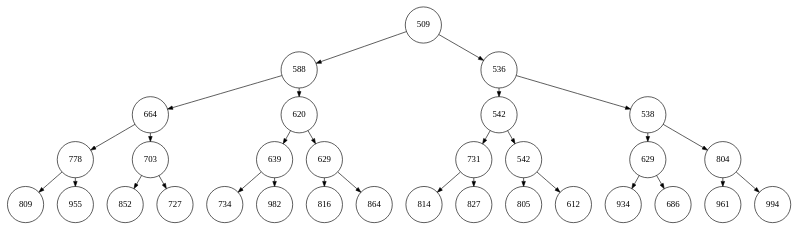
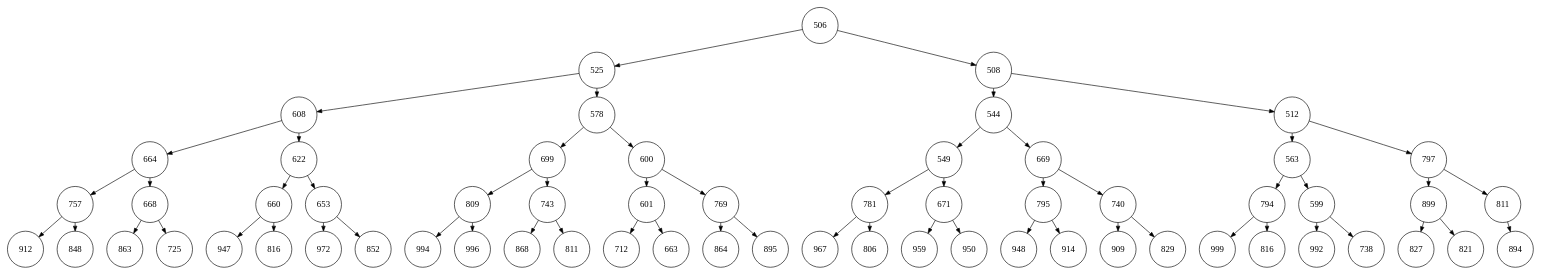
The diagram in homeworks/delimg30.dot (minglong-cse2016/cs207work), drawn with Graphviz before and after one commit. The commit also changed 40 other files, not shown here.

```diff
--- a/homeworks/delimg30.dot
+++ b/homeworks/delimg30.dot
@@ -1,68 +1,130 @@
 
     digraph G {
     nodesep=0.3;
     ranksep=0.2;
     margin=0.1;
     node [shape=circle];
     edge [arrowsize=0.8];
     1 -> 2[side=left];
 1 -> 3;
 2 -> 4[side=left];
 2 -> 5;
 3 -> 6[side=left];
 3 -> 7;
 4 -> 8[side=left];
 4 -> 9;
 5 -> 10[side=left];
 5 -> 11;
 6 -> 12[side=left];
 6 -> 13;
 7 -> 14[side=left];
 7 -> 15;
 8 -> 16[side=left];
 8 -> 17;
 9 -> 18[side=left];
 9 -> 19;
 10 -> 20[side=left];
 10 -> 21;
 11 -> 22[side=left];
 11 -> 23;
 12 -> 24[side=left];
 12 -> 25;
 13 -> 26[side=left];
 13 -> 27;
 14 -> 28[side=left];
 14 -> 29;
 15 -> 30[side=left];
 15 -> 31;
-1[label="509"]
-2[label="588"]
-3[label="536"]
-4[label="664"]
-5[label="620"]
-6[label="542"]
-7[label="538"]
-8[label="778"]
-9[label="703"]
-10[label="639"]
-11[label="629"]
-12[label="731"]
-13[label="542"]
-14[label="629"]
-15[label="804"]
-16[label="809"]
-17[label="955"]
-18[label="852"]
-19[label="727"]
-20[label="734"]
-21[label="982"]
-22[label="816"]
-23[label="864"]
-24[label="814"]
-25[label="827"]
-26[label="805"]
-27[label="612"]
-28[label="934"]
-29[label="686"]
-30[label="961"]
-31[label="994"]}
+16 -> 32[side=left];
+16 -> 33;
+17 -> 34[side=left];
+17 -> 35;
+18 -> 36[side=left];
+18 -> 37;
+19 -> 38[side=left];
+19 -> 39;
+20 -> 40[side=left];
+20 -> 41;
+21 -> 42[side=left];
+21 -> 43;
+22 -> 44[side=left];
+22 -> 45;
+23 -> 46[side=left];
+23 -> 47;
+24 -> 48[side=left];
+24 -> 49;
+25 -> 50[side=left];
+25 -> 51;
+26 -> 52[side=left];
+26 -> 53;
+27 -> 54[side=left];
+27 -> 55;
+28 -> 56[side=left];
+28 -> 57;
+29 -> 58[side=left];
+29 -> 59;
+30 -> 60[side=left];
+30 -> 61;
+31 -> 62[side=left];
+1[label="506"]
+2[label="525"]
+3[label="508"]
+4[label="608"]
+5[label="578"]
+6[label="544"]
+7[label="512"]
+8[label="664"]
+9[label="622"]
+10[label="699"]
+11[label="600"]
+12[label="549"]
+13[label="669"]
+14[label="563"]
+15[label="797"]
+16[label="757"]
+17[label="668"]
+18[label="660"]
+19[label="653"]
+20[label="809"]
+21[label="743"]
+22[label="601"]
+23[label="769"]
+24[label="781"]
+25[label="671"]
+26[label="795"]
+27[label="740"]
+28[label="794"]
+29[label="599"]
+30[label="899"]
+31[label="811"]
+32[label="912"]
+33[label="848"]
+34[label="863"]
+35[label="725"]
+36[label="947"]
+37[label="816"]
+38[label="972"]
+39[label="852"]
+40[label="994"]
+41[label="996"]
+42[label="868"]
+43[label="811"]
+44[label="712"]
+45[label="663"]
+46[label="864"]
+47[label="895"]
+48[label="967"]
+49[label="806"]
+50[label="959"]
+51[label="950"]
+52[label="948"]
+53[label="914"]
+54[label="909"]
+55[label="829"]
+56[label="999"]
+57[label="816"]
+58[label="992"]
+59[label="738"]
+60[label="827"]
+61[label="821"]
+62[label="894"]}
```
